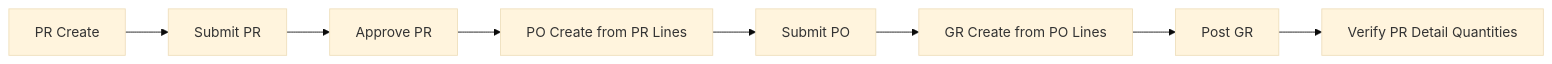
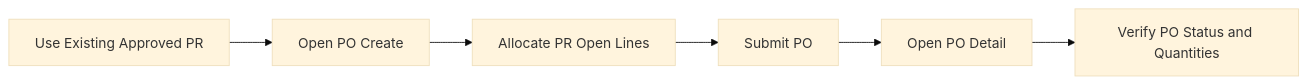
The diagram in workshop.md (eComindo/2026-github-copilot-workshop), drawn with Mermaid (base theme) before and after one commit. The commit also changed other lines of this file and 14 other files, not shown here.

````diff
--- a/workshop.md
+++ b/workshop.md
@@ -311,10 +369,8 @@
 ```mermaid
 flowchart LR
-   A[PR Create] --> B[Submit PR]
-   B --> C[Approve PR]
-   C --> D[PO Create from PR Lines]
-   D --> E[Submit PO]
-   E --> F[GR Create from PO Lines]
-   F --> G[Post GR]
-   G --> H[Verify PR Detail Quantities]
+   A[Use Existing Approved PR] --> B[Open PO Create]
+   B --> C[Allocate PR Open Lines]
+   C --> D[Submit PO]
+   D --> E[Open PO Detail]
+   E --> F[Verify PO Status and Quantities]
 ```
````
